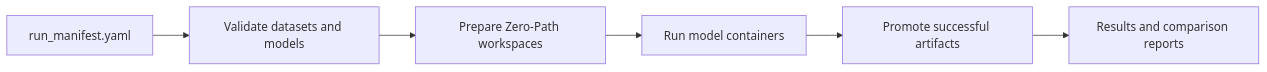
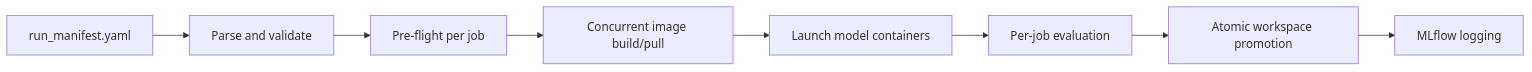
One commit to sifrimlab/multiverse changed the diagram in docs/RUNNER.md. Above: the diagram before and after it, drawn with Mermaid. The commit also changed other lines of this file and 17 other files, not shown here.

````diff
--- a/docs/RUNNER.md
+++ b/docs/RUNNER.md
@@ -9,8 +17,10 @@
 ```mermaid
 flowchart LR
-    A[run_manifest.yaml] --> B[Validate datasets and models]
-    B --> C[Prepare Zero-Path workspaces]
-    C --> D[Run model containers]
-    D --> E[Promote successful artifacts]
-    E --> F[Results and comparison reports]
+    A[run_manifest.yaml] --> B[Parse and validate]
+    B --> C[Pre-flight per job]
+    C --> D[Concurrent image build/pull]
+    D --> E[Launch model containers]
+    E --> F[Per-job evaluation]
+    F --> G[Atomic workspace promotion]
+    G --> H[MLflow logging]
 ```
````
